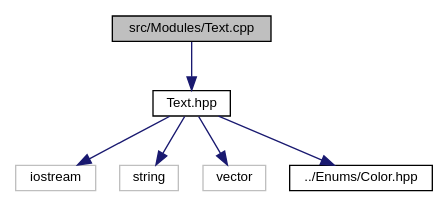
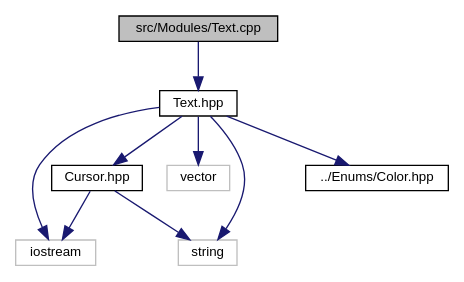
The diagram in doc/Text_8cpp__incl.dot (smejkalpetr/lib-ansi), drawn with Graphviz before and after one commit. The commit also changed 82 other files, not shown here.

```diff
--- a/doc/Text_8cpp__incl.dot
+++ b/doc/Text_8cpp__incl.dot
@@ -1,17 +1,21 @@
 digraph "src/Modules/Text.cpp"
 {
  // LATEX_PDF_SIZE
   edge [fontname="Helvetica",fontsize="10",labelfontname="Helvetica",labelfontsize="10"];
   node [fontname="Helvetica",fontsize="10",shape=record];
   Node1 [label="src/Modules/Text.cpp",height=0.2,width=0.4,color="black", fillcolor="grey75", style="filled", fontcolor="black",tooltip=" "];
   Node1 -> Node2 [color="midnightblue",fontsize="10",style="solid",fontname="Helvetica"];
   Node2 [label="Text.hpp",height=0.2,width=0.4,color="black", fillcolor="white", style="filled",URL="$Text_8hpp.html",tooltip=" "];
   Node2 -> Node3 [color="midnightblue",fontsize="10",style="solid",fontname="Helvetica"];
   Node3 [label="iostream",height=0.2,width=0.4,color="grey75", fillcolor="white", style="filled",tooltip=" "];
   Node2 -> Node4 [color="midnightblue",fontsize="10",style="solid",fontname="Helvetica"];
   Node4 [label="string",height=0.2,width=0.4,color="grey75", fillcolor="white", style="filled",tooltip=" "];
   Node2 -> Node5 [color="midnightblue",fontsize="10",style="solid",fontname="Helvetica"];
   Node5 [label="vector",height=0.2,width=0.4,color="grey75", fillcolor="white", style="filled",tooltip=" "];
   Node2 -> Node6 [color="midnightblue",fontsize="10",style="solid",fontname="Helvetica"];
-  Node6 [label="../Enums/Color.hpp",height=0.2,width=0.4,color="black", fillcolor="white", style="filled",URL="$Color_8hpp.html",tooltip=" "];
+  Node6 [label="Cursor.hpp",height=0.2,width=0.4,color="black", fillcolor="white", style="filled",URL="$Cursor_8hpp.html",tooltip=" "];
+  Node6 -> Node3 [color="midnightblue",fontsize="10",style="solid",fontname="Helvetica"];
+  Node6 -> Node4 [color="midnightblue",fontsize="10",style="solid",fontname="Helvetica"];
+  Node2 -> Node7 [color="midnightblue",fontsize="10",style="solid",fontname="Helvetica"];
+  Node7 [label="../Enums/Color.hpp",height=0.2,width=0.4,color="black", fillcolor="white", style="filled",URL="$Color_8hpp.html",tooltip=" "];
 }
```
